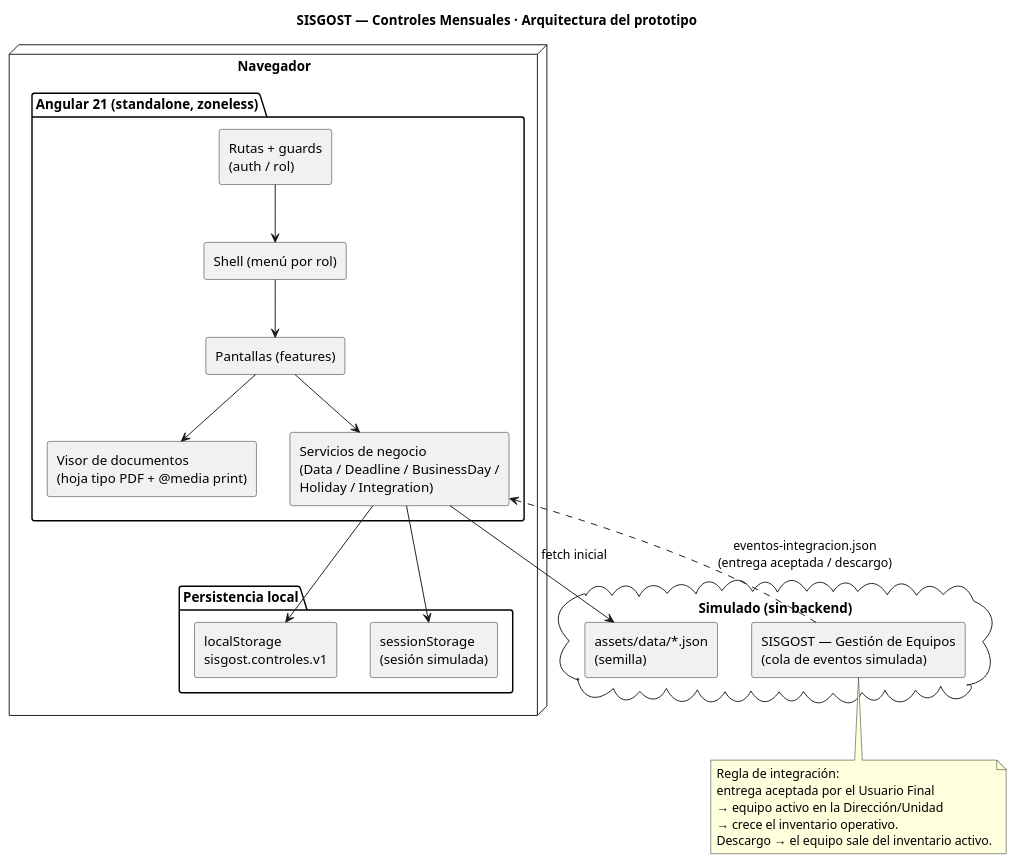
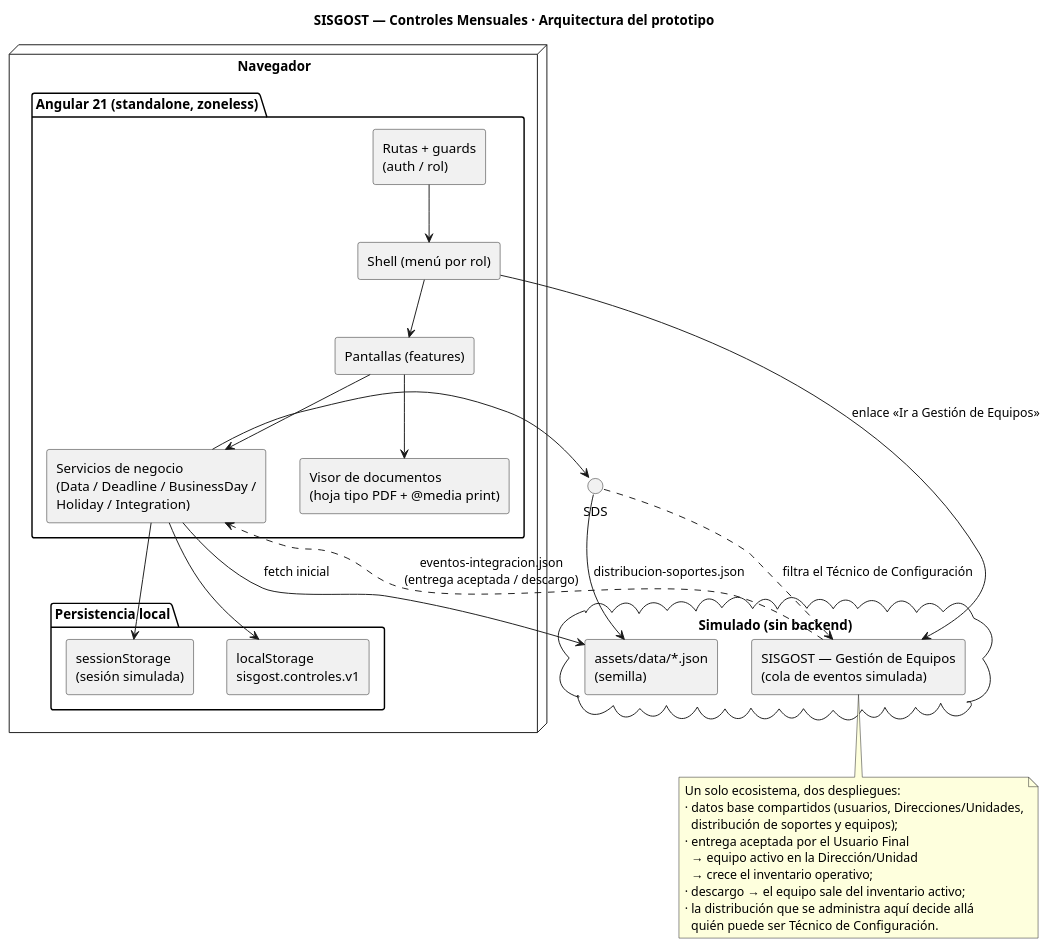
Before and after one commit to diego0399/sisgost-controles-mensuales: the diagram in docs/plantuml/arquitectura.puml, drawn with PlantUML. The commit also changed 50 other files, not shown here.

```diff
--- a/docs/plantuml/arquitectura.puml
+++ b/docs/plantuml/arquitectura.puml
@@ -1,40 +1,48 @@
 @startuml arquitectura
 title SISGOST — Controles Mensuales · Arquitectura del prototipo
 skinparam componentStyle rectangle
 
 node "Navegador" {
   package "Angular 21 (standalone, zoneless)" {
     [Rutas + guards\n(auth / rol)] as ROUTER
     [Shell (menú por rol)] as SHELL
     [Pantallas (features)] as FEAT
     [Visor de documentos\n(hoja tipo PDF + @media print)] as VISOR
     [Servicios de negocio\n(Data / Deadline / BusinessDay /\nHoliday / Integration)] as SRV
   }
   folder "Persistencia local" {
     [localStorage\nsisgost.controles.v1] as LS
     [sessionStorage\n(sesión simulada)] as SS
   }
 }
 
 cloud "Simulado (sin backend)" {
   [assets/data/*.json\n(semilla)] as JSON
   [SISGOST — Gestión de Equipos\n(cola de eventos simulada)] as GE
 }
 
 ROUTER --> SHELL
 SHELL --> FEAT
 FEAT --> SRV
 FEAT --> VISOR
 SRV --> LS
 SRV --> JSON : fetch inicial
 SRV --> SS
+SRV --> SDS
+SDS --> JSON : distribucion-soportes.json
+SDS ..> GE : filtra el Técnico de Configuración
+SHELL --> GE : enlace «Ir a Gestión de Equipos»
 GE ..> SRV : eventos-integracion.json\n(entrega aceptada / descargo)
 
 note bottom of GE
-  Regla de integración:
-  entrega aceptada por el Usuario Final
-  → equipo activo en la Dirección/Unidad
-  → crece el inventario operativo.
-  Descargo → el equipo sale del inventario activo.
+  Un solo ecosistema, dos despliegues:
+  · datos base compartidos (usuarios, Direcciones/Unidades,
+    distribución de soportes y equipos);
+  · entrega aceptada por el Usuario Final
+    → equipo activo en la Dirección/Unidad
+    → crece el inventario operativo;
+  · descargo → el equipo sale del inventario activo;
+  · la distribución que se administra aquí decide allá
+    quién puede ser Técnico de Configuración.
 end note
 @enduml
```
